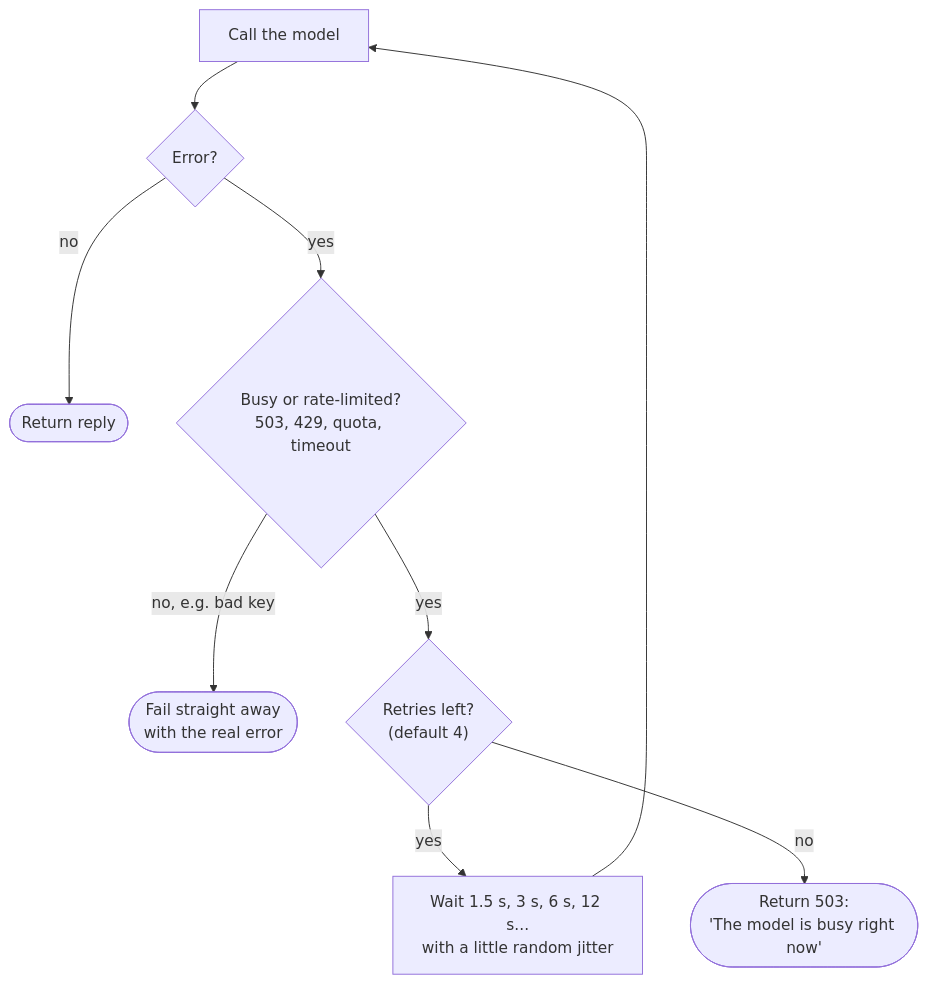
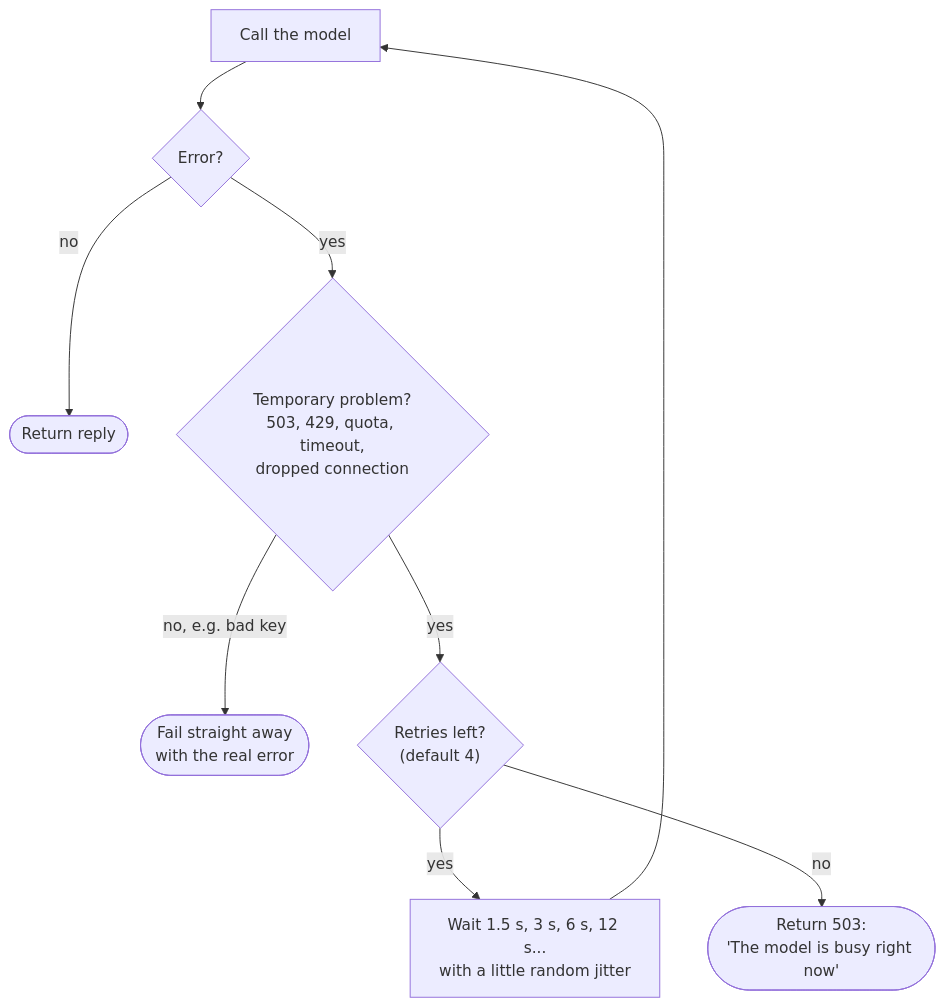
One commit to manjuv03/Personalized-AI-Assistant-with-Contextual-Recall changed the fifth of 6 diagrams in PROJECT_REPORT.md. Above: the diagram before and after it, drawn with Mermaid. The commit also changed other lines of this file and 2 other files, not shown here.

Commit message:
Retry dropped connections to the model

````diff
--- a/PROJECT_REPORT.md
+++ b/PROJECT_REPORT.md
@@ -257,10 +257,10 @@
 ```mermaid
 flowchart TD
     A["Call the model"] --> B{"Error?"}
     B -- no --> Z([Return reply])
-    B -- yes --> C{"Busy or rate-limited?<br/>503, 429, quota, timeout"}
+    B -- yes --> C{"Temporary problem?<br/>503, 429, quota, timeout,<br/>dropped connection"}
     C -- "no, e.g. bad key" --> X([Fail straight away<br/>with the real error])
     C -- yes --> D{"Retries left?<br/>(default 4)"}
     D -- yes --> E["Wait 1.5 s, 3 s, 6 s, 12 s...<br/>with a little random jitter"] --> A
     D -- no --> Y(["Return 503:<br/>'The model is busy right now'"])
 ```
````
